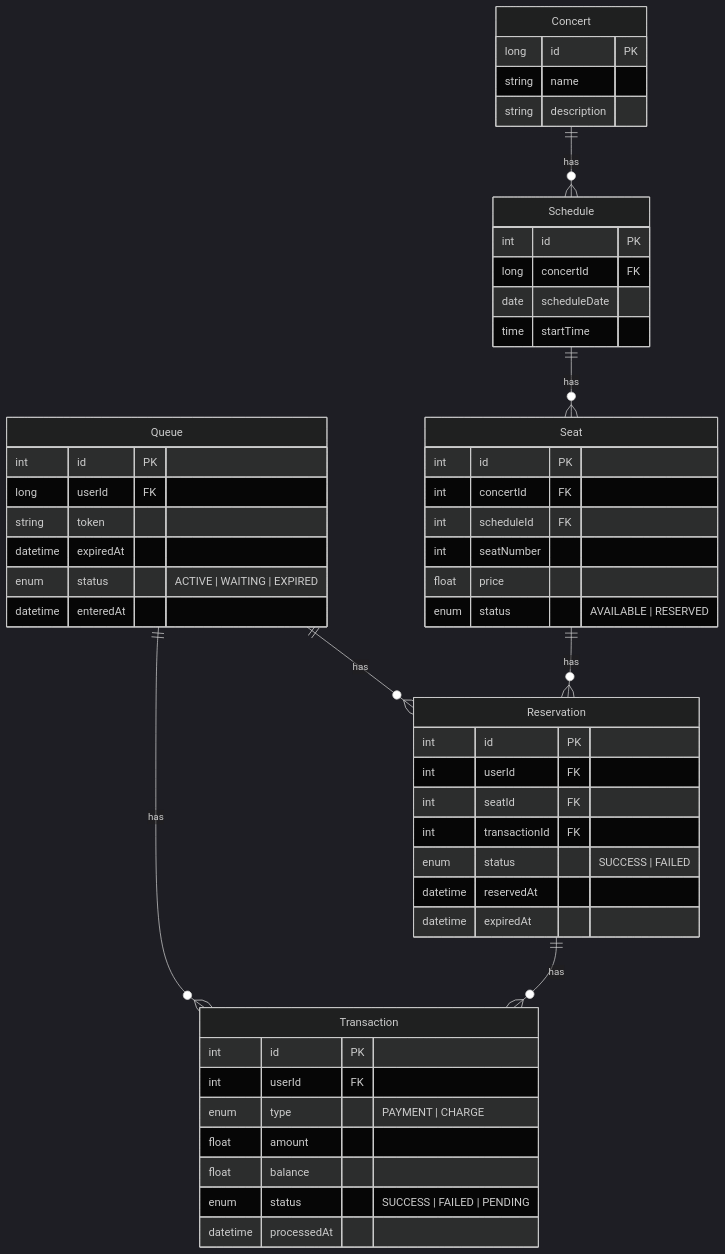
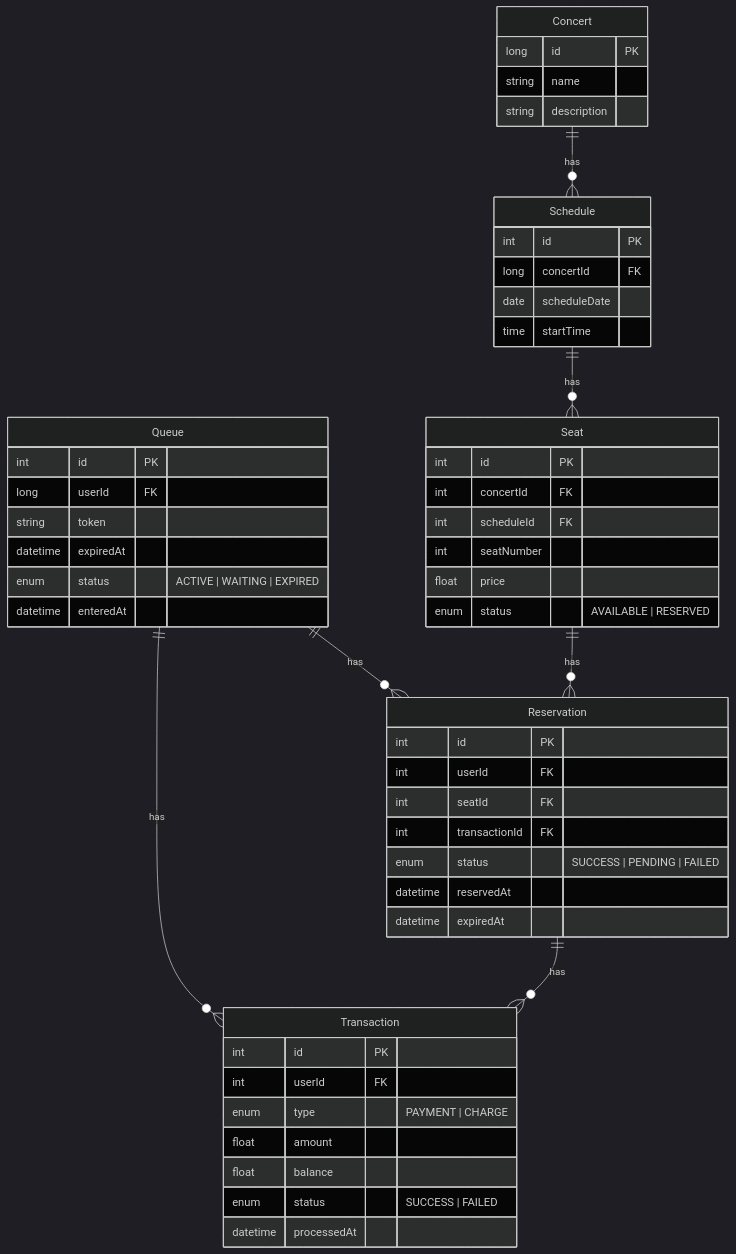
The diagram in docs/ERD.mermaid (dohee789/concert-reservation), drawn with Mermaid (dark theme) before and after one commit. The commit also changed 12 other files, not shown here.

```diff
--- a/docs/ERD.mermaid
+++ b/docs/ERD.mermaid
@@ -1,58 +1,58 @@
 erDiagram
     Queue ||--o{ Reservation : has
     Queue ||--o{ Transaction : has
 
     Queue {
         int id PK
         long userId FK
         string token
         datetime expiredAt
         enum status "ACTIVE | WAITING | EXPIRED"
         datetime enteredAt
     }
 
     Concert ||--o{ Schedule : has
     Concert {
         long id PK
         string name
         string description
     }
 
     Schedule ||--o{ Seat : has
     Schedule {
         int id PK
         long concertId FK
         date scheduleDate
         time startTime
     }
 
     Seat ||--o{ Reservation : has
     Seat {
         int id PK
         int concertId FK
         int scheduleId FK
         int seatNumber
         float price
-        enum status "AVAILABLE | RESERVED"
+        enum status "AVAILABLE | RESERVED "
     }
 
     Reservation ||--o{ Transaction : has
     Reservation {
         int id PK
         int userId FK
         int seatId FK
         int transactionId FK
-        enum status "SUCCESS | FAILED"
+        enum status "SUCCESS | PENDING | FAILED"
         datetime reservedAt
         datetime expiredAt
     }
 
     Transaction {
         int id PK
         int userId FK
         enum type "PAYMENT | CHARGE"
         float amount
         float balance
-        enum status "SUCCESS | FAILED | PENDING"
+        enum status "SUCCESS | FAILED "
         datetime processedAt
     }
```
